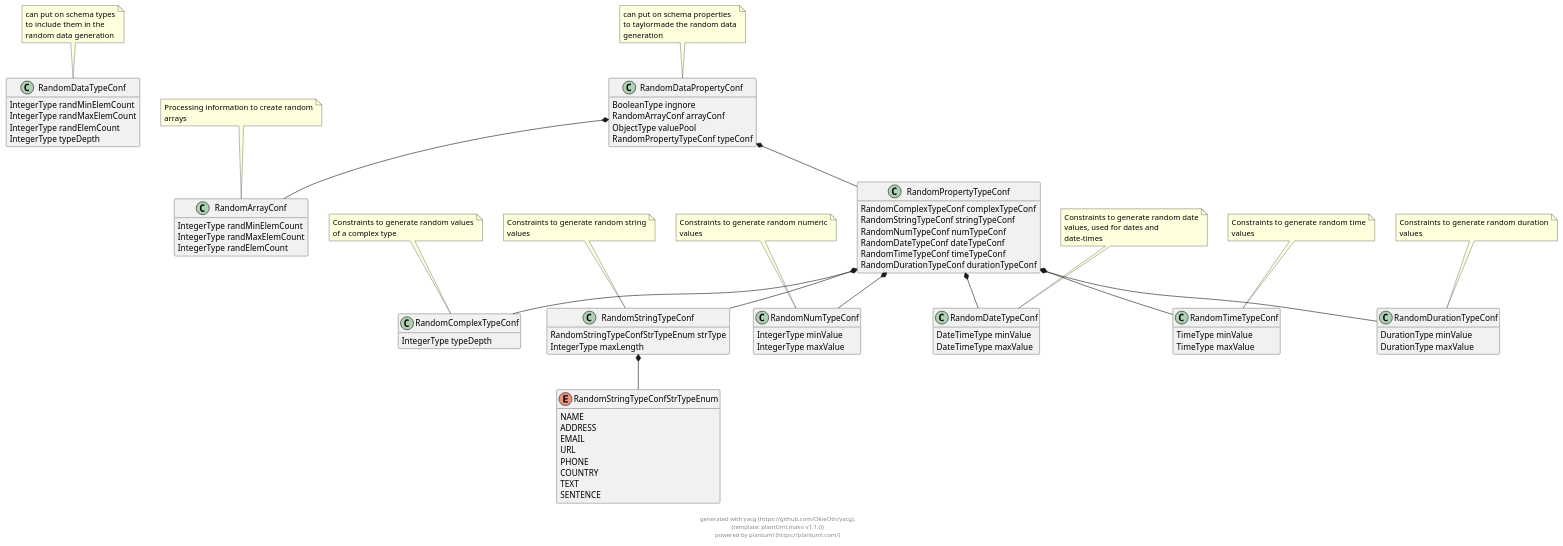
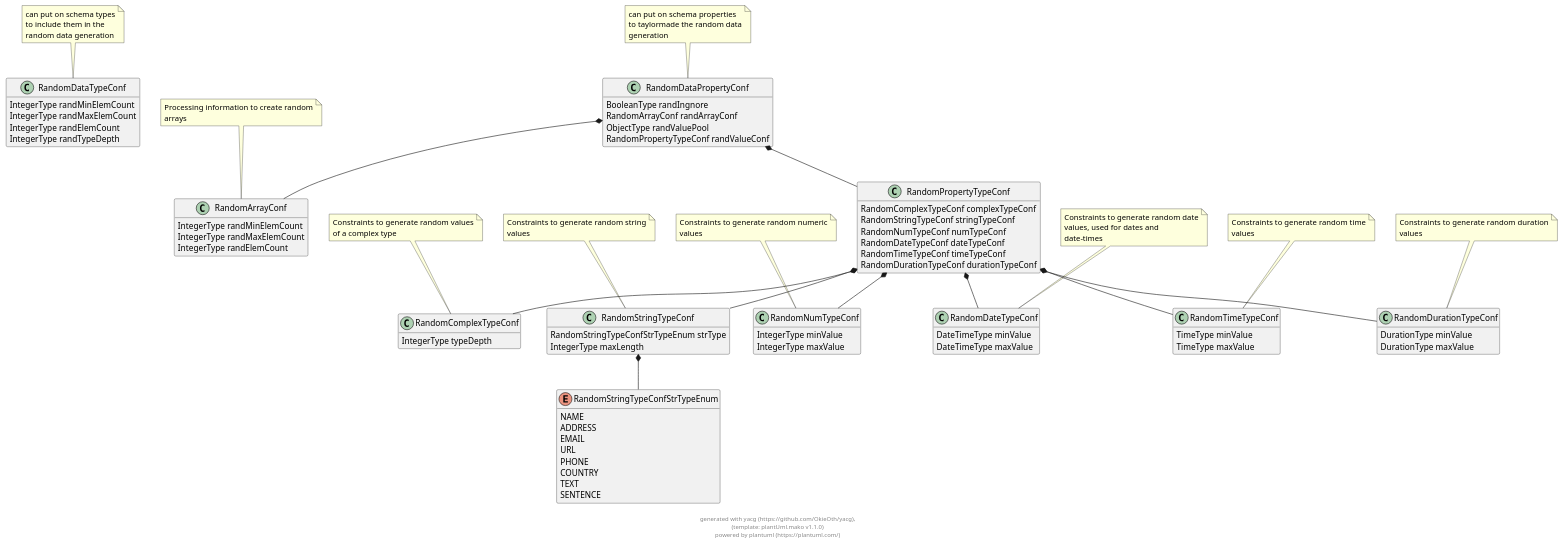
The diagram in docs/puml/yacg_random_data_types.puml (OkieOth/yacg), drawn with PlantUML before and after one commit. The commit also changed 3 other files, not shown here.

```diff
--- a/docs/puml/yacg_random_data_types.puml
+++ b/docs/puml/yacg_random_data_types.puml
@@ -2,154 +2,154 @@
 @startuml
 hide empty methods
 hide empty fields
 
 class RandomDataTypeConf {
         IntegerType randMinElemCount
         IntegerType randMaxElemCount
         IntegerType randElemCount
-        IntegerType typeDepth
+        IntegerType randTypeDepth
 }
 
 note top: can put on schema types\nto include them in the\nrandom data generation
 
 class RandomDataPropertyConf {
-        BooleanType ingnore
-        RandomArrayConf arrayConf
-        ObjectType valuePool
-        RandomPropertyTypeConf typeConf
+        BooleanType randIngnore
+        RandomArrayConf randArrayConf
+        ObjectType randValuePool
+        RandomPropertyTypeConf randValueConf
 }
 
 note top: can put on schema properties\nto taylormade the random data\ngeneration
 
 class RandomArrayConf {
         IntegerType randMinElemCount
         IntegerType randMaxElemCount
         IntegerType randElemCount
 }
 
 note top: Processing information to create random\narrays
 
 class RandomPropertyTypeConf {
         RandomComplexTypeConf complexTypeConf
         RandomStringTypeConf stringTypeConf
         RandomNumTypeConf numTypeConf
         RandomDateTypeConf dateTypeConf
         RandomTimeTypeConf timeTypeConf
         RandomDurationTypeConf durationTypeConf
 }
 
 
 class RandomComplexTypeConf {
         IntegerType typeDepth
 }
 
 note top: Constraints to generate random values\nof a complex type
 
 class RandomStringTypeConf {
         RandomStringTypeConfStrTypeEnum strType
         IntegerType maxLength
 }
 
 note top: Constraints to generate random string\nvalues
 
 class RandomNumTypeConf {
         IntegerType minValue
         IntegerType maxValue
 }
 
 note top: Constraints to generate random numeric\nvalues
 
 class RandomDateTypeConf {
         DateTimeType minValue
         DateTimeType maxValue
 }
 
 note top: Constraints to generate random date\nvalues, used for dates and\ndate-times
 
 class RandomTimeTypeConf {
         TimeType minValue
         TimeType maxValue
 }
 
 note top: Constraints to generate random time\nvalues
 
 class RandomDurationTypeConf {
         DurationType minValue
         DurationType maxValue
 }
 
 note top: Constraints to generate random duration\nvalues
 
 enum RandomStringTypeConfStrTypeEnum {
     NAME
     ADDRESS
     EMAIL
     URL
     PHONE
     COUNTRY
     TEXT
     SENTENCE
 }
 
 
 
     
 
 
 
 
     
 
 RandomDataPropertyConf  *--  RandomArrayConf
             
 
 
 RandomDataPropertyConf  *--  RandomPropertyTypeConf
             
 
     
 
 
 
     
 RandomPropertyTypeConf  *--  RandomComplexTypeConf
             
 
 RandomPropertyTypeConf  *--  RandomStringTypeConf
             
 
 RandomPropertyTypeConf  *--  RandomNumTypeConf
             
 
 RandomPropertyTypeConf  *--  RandomDateTypeConf
             
 
 RandomPropertyTypeConf  *--  RandomTimeTypeConf
             
 
 RandomPropertyTypeConf  *--  RandomDurationTypeConf
             
 
     
 
     
 RandomStringTypeConf  *--  RandomStringTypeConfStrTypeEnum
             
 
 
     
 
 
     
 
 
     
 
 
     
 
 
     
 
 footer \ngenerated with yacg (https://github.com/OkieOth/yacg),\n(template: plantUml.mako v1.1.0)\npowered by plantuml (https://plantuml.com/)
 @enduml
```
